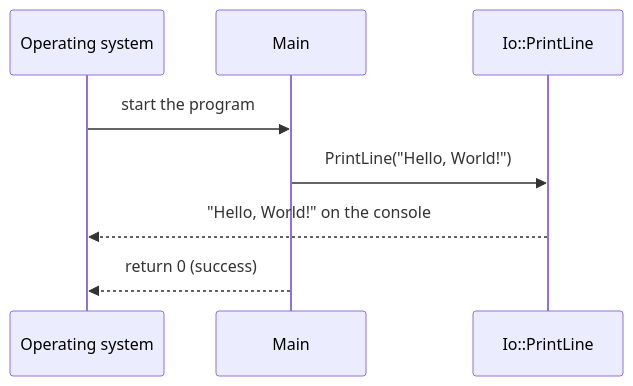
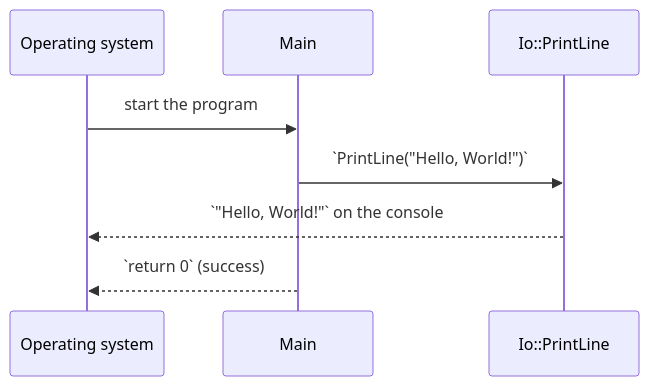
The diagram in content/docs/1.learn/01.basics/01.hello.md (rux-lang/Web), drawn with Mermaid before and after one commit. The commit also changed 49 other files, not shown here.

````diff
--- a/content/docs/1.learn/01.basics/01.hello.md
+++ b/content/docs/1.learn/01.basics/01.hello.md
@@ -63,10 +63,10 @@
 ```mermaid
 sequenceDiagram
     participant OS as Operating system
     participant Main
     participant Io as Io::PrintLine
     OS->>Main: start the program
-    Main->>Io: PrintLine("Hello, World!")
-    Io-->>OS: "Hello, World!" on the console
-    Main-->>OS: return 0 (success)
+    Main->>Io: `PrintLine("Hello, World!")`
+    Io-->>OS: `"Hello, World!"` on the console
+    Main-->>OS: `return 0` (success)
 ```
````
